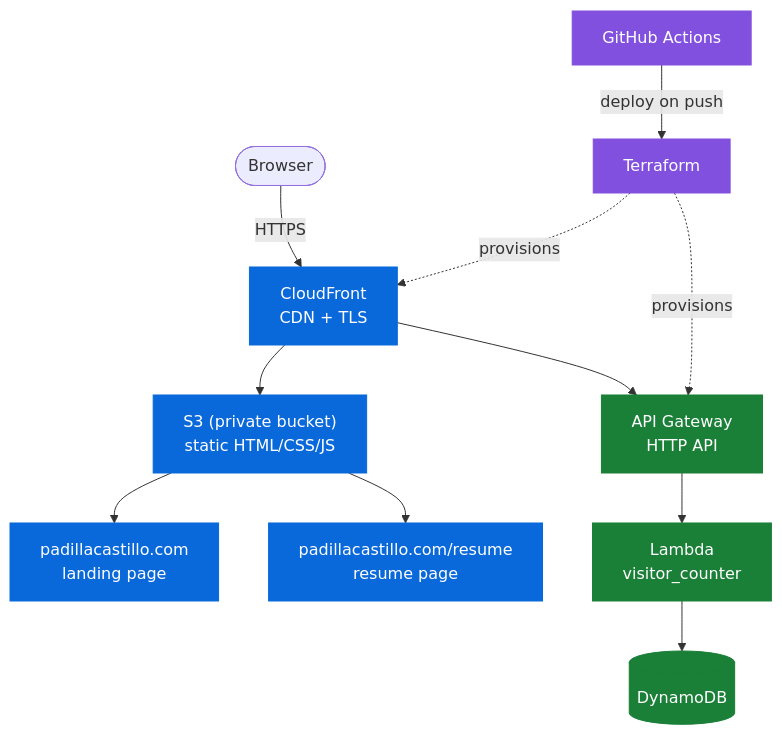
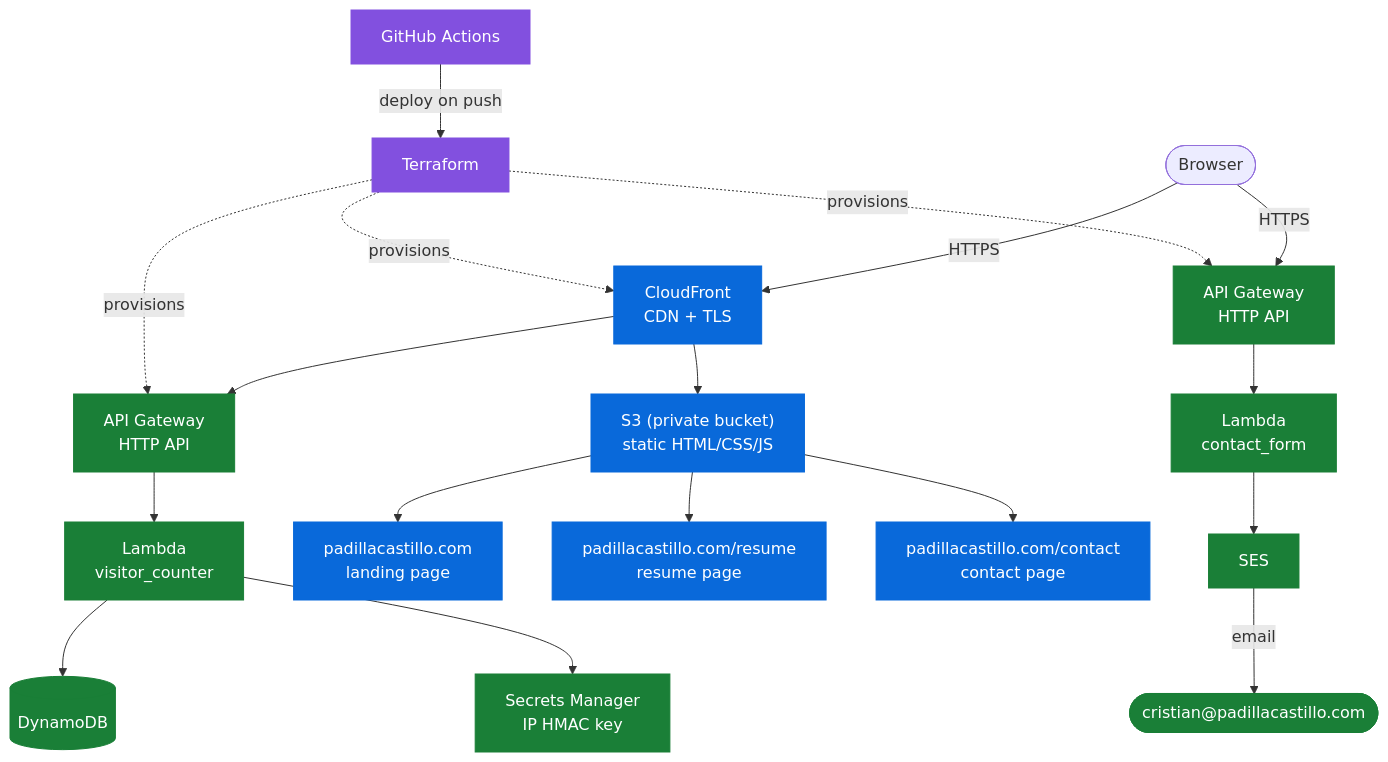
The diagram in README.md (padillacastillo/padillacastillo), drawn with Mermaid before and after one commit. The commit also changed other lines of this file and 17 other files, not shown here.

````diff
--- a/README.md
+++ b/README.md
@@ -7,22 +7,30 @@
 ```mermaid
 flowchart TD
     Browser(["Browser"]) -->|HTTPS| CF["CloudFront<br/>CDN + TLS"]
     CF --> S3["S3 (private bucket)<br/>static HTML/CSS/JS"]
     CF --> APIGW["API Gateway<br/>HTTP API"]
     APIGW --> LAM["Lambda<br/>visitor_counter"]
     LAM --> DDB[("DynamoDB")]
+    LAM --> SECMGR["Secrets Manager<br/>IP HMAC key"]
     S3 --> LP["padillacastillo.com<br/>landing page"]
     S3 --> RP["padillacastillo.com/resume<br/>resume page"]
+    S3 --> CP["padillacastillo.com/contact<br/>contact page"]
+
+    Browser -->|HTTPS| CFAPIGW["API Gateway<br/>HTTP API"]
+    CFAPIGW --> CFLAM["Lambda<br/>contact_form"]
+    CFLAM --> SES["SES"]
+    SES -->|email| Inbox(["cristian@padillacastillo.com"])
 
     GHA["GitHub Actions"] -->|deploy on push| TF["Terraform"]
     TF -.->|provisions| CF
     TF -.->|provisions| APIGW
+    TF -.->|provisions| CFAPIGW
 
     classDef delivery fill:#0969da,stroke:#0969da,color:#fff
     classDef backend fill:#1a7f37,stroke:#1a7f37,color:#fff
     classDef pipeline fill:#8250df,stroke:#8250df,color:#fff
 
-    class CF,S3,LP,RP delivery
-    class APIGW,LAM,DDB backend
+    class CF,S3,LP,RP,CP delivery
+    class APIGW,LAM,DDB,SECMGR,CFAPIGW,CFLAM,SES,Inbox backend
     class GHA,TF pipeline
 ```
````
